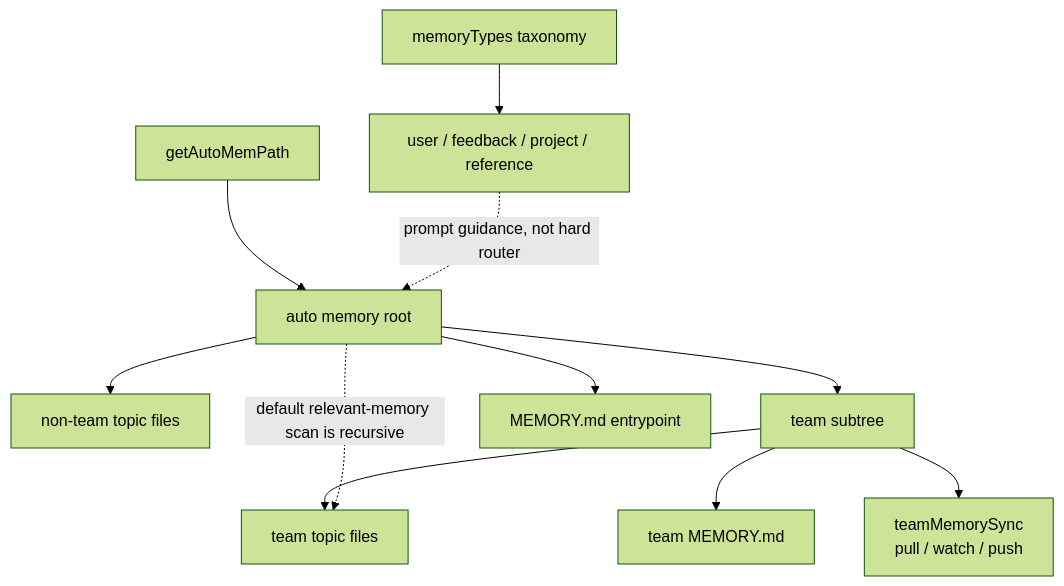
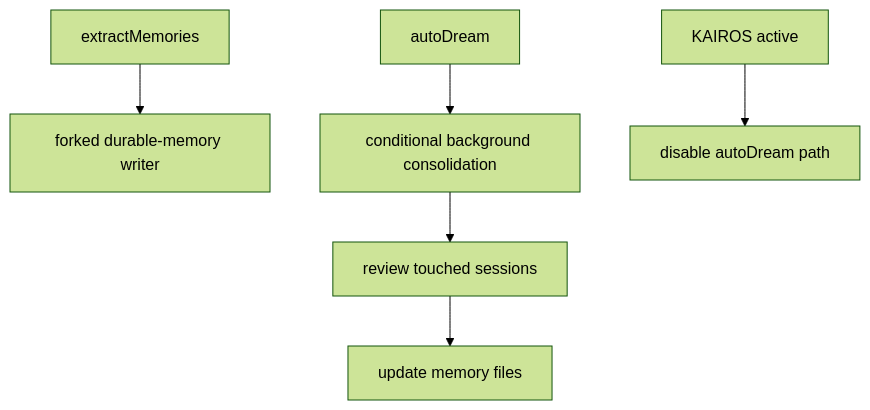
The second of 2 diagrams in MODULES/03-persistent-memory-system/DEEP/README.md (Boulea7/ClaudeCode-Source-DeepDive), drawn with Mermaid (forest theme) before and after one commit. The commit also changed other lines of this file and 92 other files, not shown here.

````diff
--- a/MODULES/03-persistent-memory-system/DEEP/README.md
+++ b/MODULES/03-persistent-memory-system/DEEP/README.md
@@ -315,13 +148,8 @@
 ```mermaid
 flowchart TD
-    A[getAutoMemPath] --> B[auto memory root]
-    B --> C[non-team topic files]
-    B --> D[team subtree]
-    B --> E[MEMORY.md entrypoint]
-    D --> F[team topic files]
-    D --> G[team MEMORY.md]
-    D --> J[teamMemorySync<br/>pull / watch / push]
-    H[memoryTypes taxonomy] --> I[user / feedback / project / reference]
-    I -. prompt guidance, not hard router .-> B
-    B -. default relevant-memory scan is recursive .-> F
+    A[extractMemories] --> B[forked durable-memory writer]
+    C[autoDream] --> D[conditional background consolidation]
+    D --> E[review touched sessions]
+    E --> F[update memory files]
+    G[KAIROS active] --> H[disable autoDream path]
 ```
````
